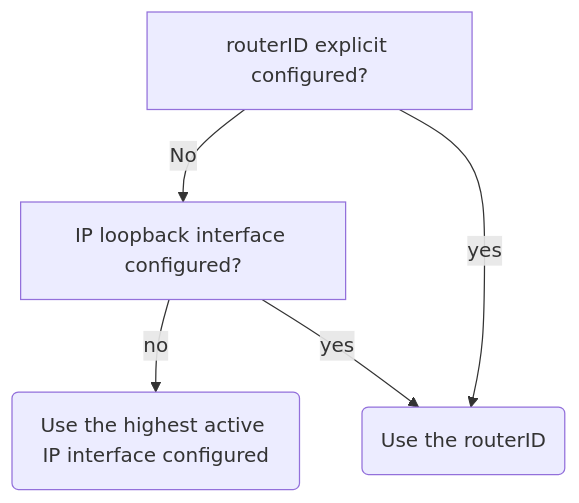
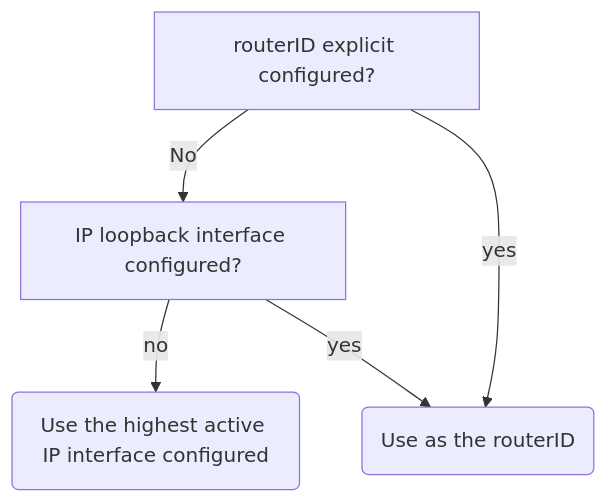
Before and after one commit to michaelthielemans/Second-Brain: the fifth of 5 diagrams in Networking/Enterprise networking/1. Routing OSPF -  open shortest path first.md, drawn with Mermaid. The commit also changed other lines of this file and 33 other files, not shown here.

````diff
--- a/Networking/Enterprise networking/1. Routing OSPF -  open shortest path first.md
+++ b/Networking/Enterprise networking/1. Routing OSPF -  open shortest path first.md
@@ -169,8 +176,8 @@
 ```mermaid
 flowchart TD
 
 A[routerID explicit configured?] -->|No| B[IP loopback interface configured?]
-A-->|yes| D(Use the routerID)
+A-->|yes| D(Use as the routerID)
 B-->|no| C(Use the highest active IP interface configured)
 B-->|yes| D
 ```
````
